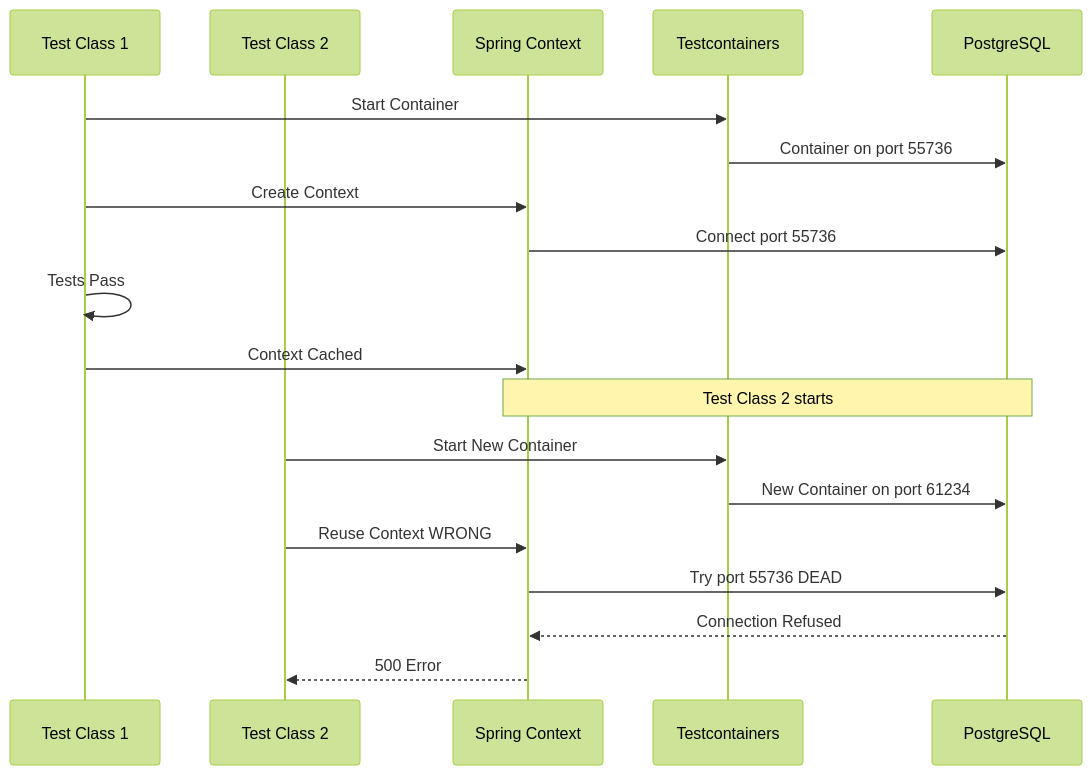
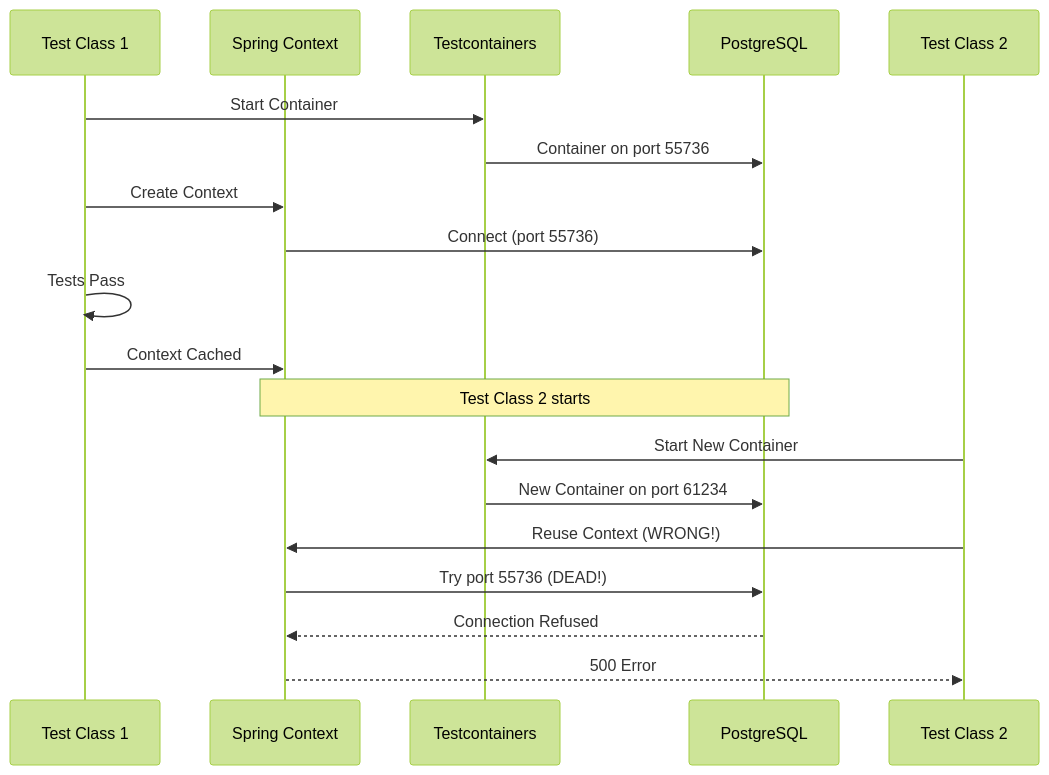
Before and after one commit to DCRC95/Event-Analytics-Processing-API: the seventh of 8 diagrams in Overview.md, drawn with Mermaid (forest theme). The commit also changed other lines of this file, not shown here.

Commit message:
final mermaid fix

````diff
--- a/Overview.md
+++ b/Overview.md
@@ -542,24 +541,24 @@
 ```mermaid
 sequenceDiagram
     participant T1 as Test Class 1
-    participant T2 as Test Class 2
     participant SC as Spring Context
     participant TC as Testcontainers
     participant DB as PostgreSQL
     
     T1->>TC: Start Container
     TC->>DB: Container on port 55736
     T1->>SC: Create Context
-    SC->>DB: Connect port 55736
+    SC->>DB: Connect (port 55736)
     T1->>T1: Tests Pass
     T1->>SC: Context Cached
     
     Note over SC,DB: Test Class 2 starts
     
+    participant T2 as Test Class 2
     T2->>TC: Start New Container
     TC->>DB: New Container on port 61234
-    T2->>SC: Reuse Context WRONG
-    SC->>DB: Try port 55736 DEAD
+    T2->>SC: Reuse Context (WRONG!)
+    SC->>DB: Try port 55736 (DEAD!)
     DB-->>SC: Connection Refused
     SC-->>T2: 500 Error
 ```
````
